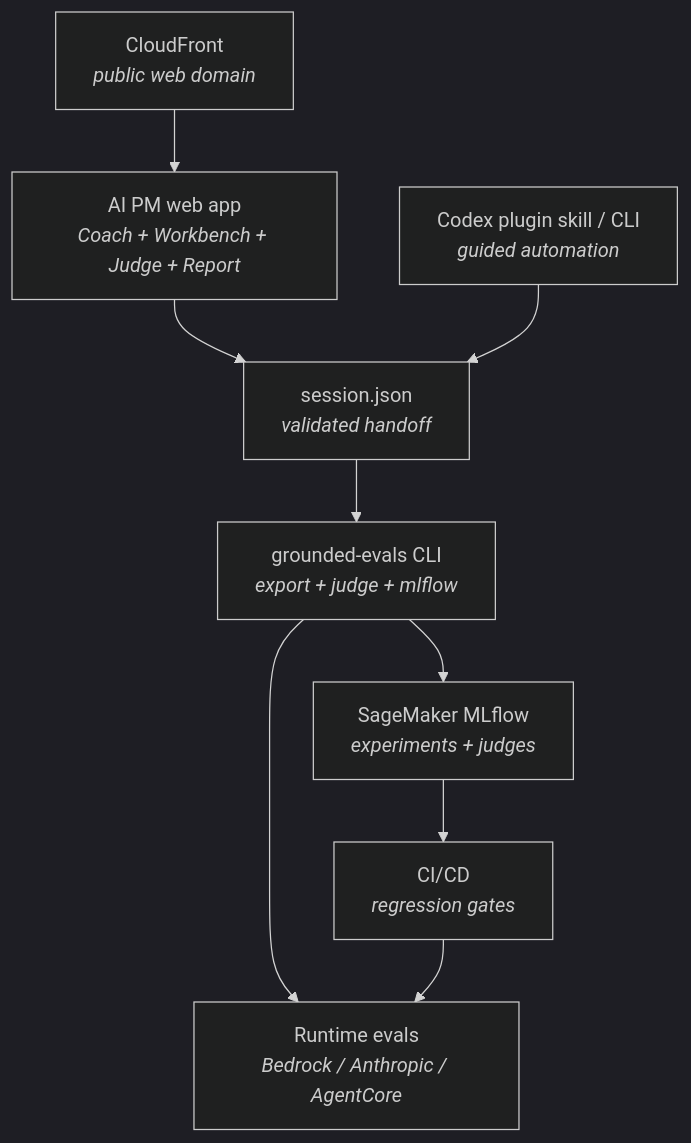
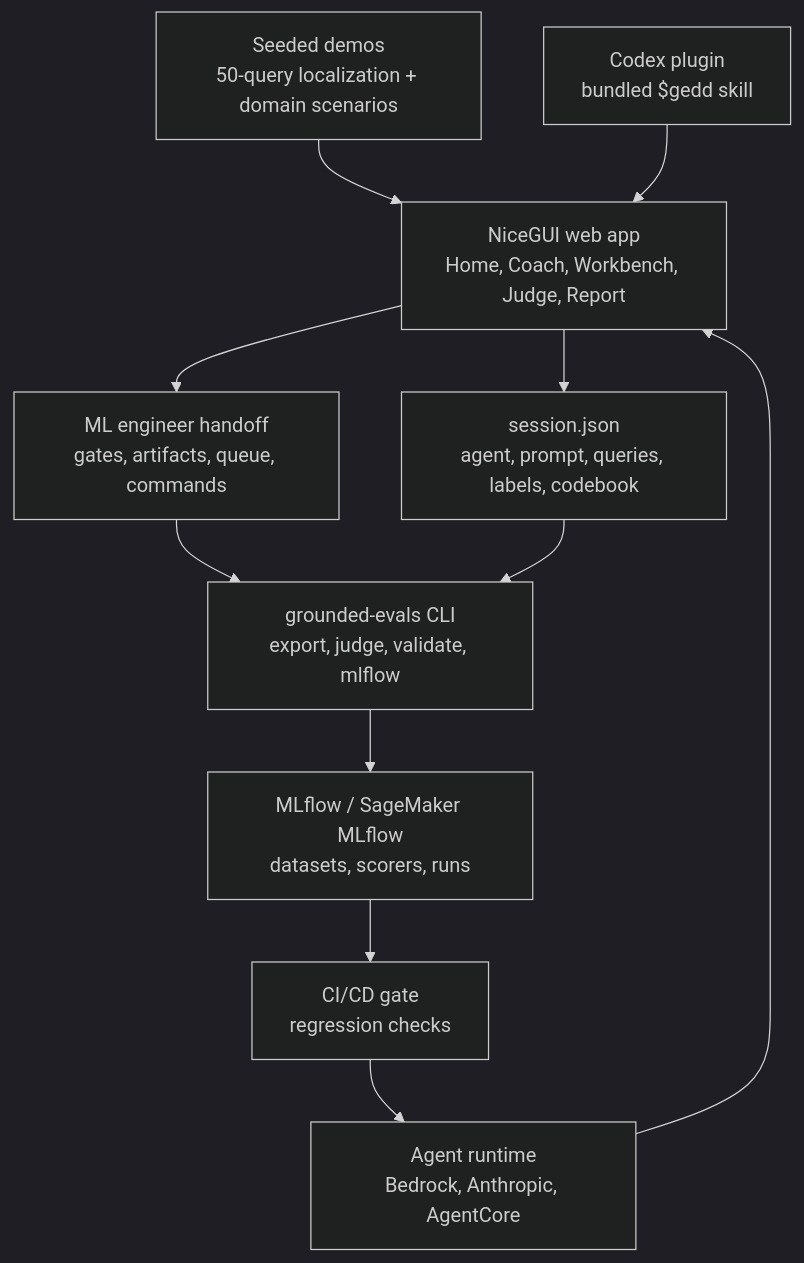
Before and after one commit to aws-samples/sample-GEDD: the diagram in README.md, drawn with Mermaid (dark theme). The commit also changed other lines of this file, not shown here.

````diff
--- a/README.md
+++ b/README.md
@@ -389,20 +231,23 @@
 ```mermaid
 flowchart TD
-    WEB["AI PM web app<br/><i>Coach + Workbench + Judge + Report</i>"]
-    ASSIST["Codex plugin skill / CLI<br/><i>guided automation</i>"]
-    SJ["session.json<br/><i>validated handoff</i>"]
-    CLI["grounded-evals CLI<br/><i>export + judge + mlflow</i>"]
-    CF["CloudFront<br/><i>public web domain</i>"]
-    RT["Runtime evals<br/><i>Bedrock / Anthropic / AgentCore</i>"]
-    SM["SageMaker MLflow<br/><i>experiments + judges</i>"]
-    CICD["CI/CD<br/><i>regression gates</i>"]
+    WEB["NiceGUI web app<br/>Home, Coach, Workbench, Judge, Report"]
+    DEMO["Seeded demos<br/>50-query localization + domain scenarios"]
+    SESSION["session.json<br/>agent, prompt, queries, labels, codebook"]
+    REPORT["ML engineer handoff<br/>gates, artifacts, queue, commands"]
+    CLI["grounded-evals CLI<br/>export, judge, validate, mlflow"]
+    MLFLOW["MLflow / SageMaker MLflow<br/>datasets, scorers, runs"]
+    CI["CI/CD gate<br/>regression checks"]
+    RUNTIME["Agent runtime<br/>Bedrock, Anthropic, AgentCore"]
+    CODEX["Codex plugin<br/>bundled $gedd skill"]
 
-    CF --> WEB
-    WEB --> SJ
-    ASSIST --> SJ
-    SJ --> CLI
-    CLI --> RT
-    CLI --> SM
-    SM --> CICD
-    CICD --> RT
+    DEMO --> WEB
+    CODEX --> WEB
+    WEB --> SESSION
+    WEB --> REPORT
+    REPORT --> CLI
+    SESSION --> CLI
+    CLI --> MLFLOW
+    MLFLOW --> CI
+    CI --> RUNTIME
+    RUNTIME --> WEB
 ```
````
